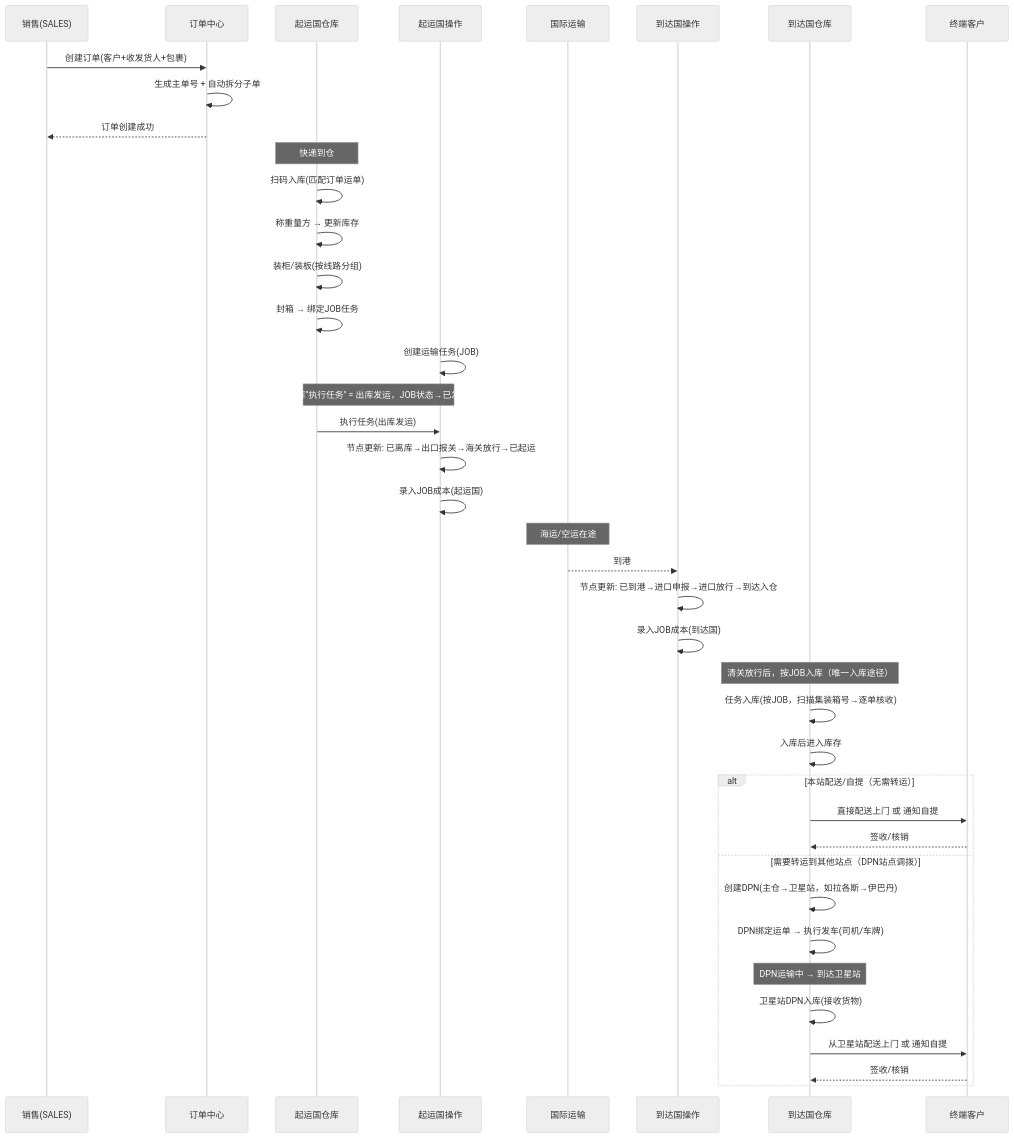
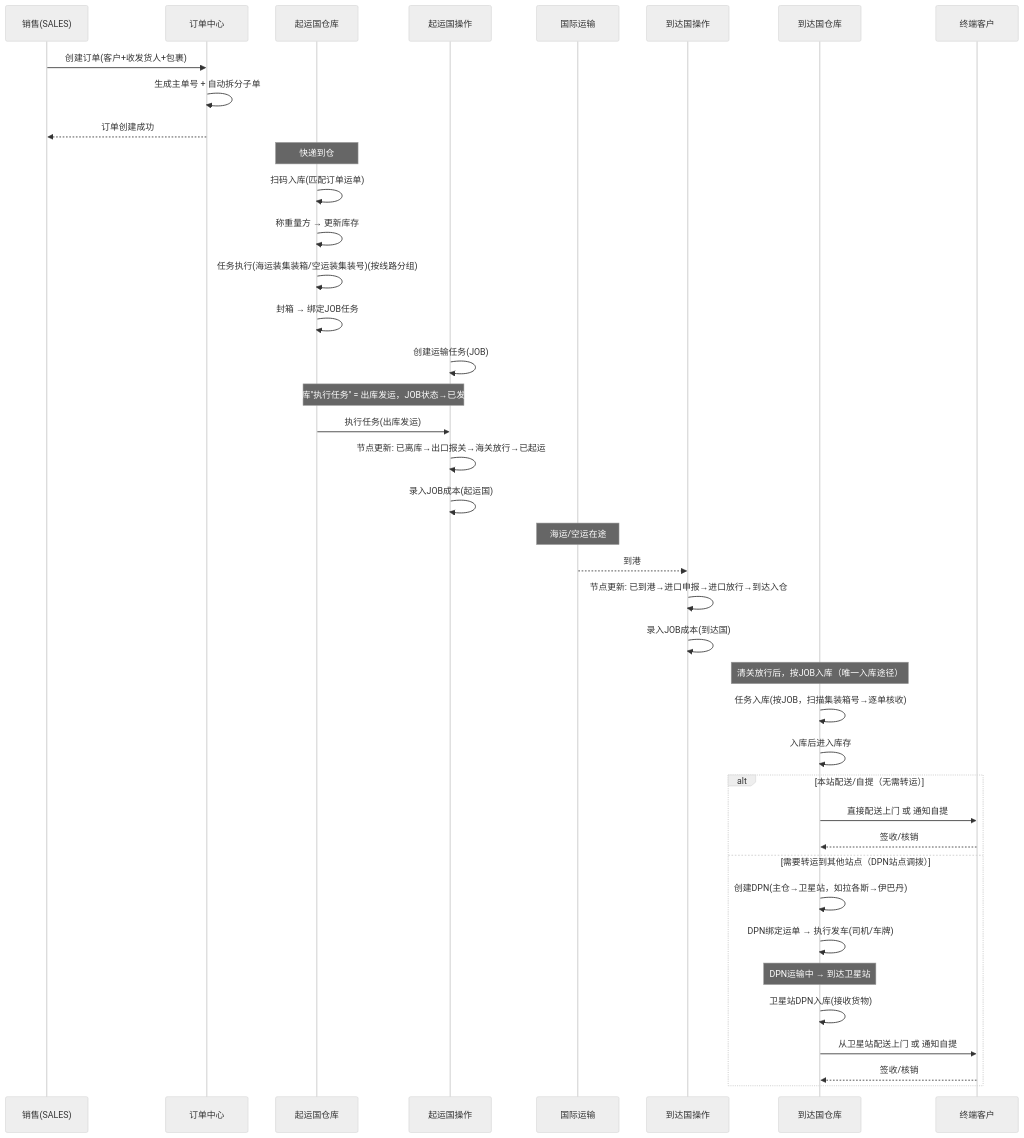
One commit to Yitiaoyu686/logistics-app changed the eighth of 27 diagrams in .kiro/specs/full-system-requirements/modules/00-系统总体需求规格说明书-20260408.md. Above: the diagram before and after it, drawn with Mermaid (neutral theme). The commit also changed other lines of this file and 3 other files, not shown here.

````diff
--- a/.kiro/specs/full-system-requirements/modules/00-系统总体需求规格说明书-20260408.md
+++ b/.kiro/specs/full-system-requirements/modules/00-系统总体需求规格说明书-20260408.md
@@ -416,50 +416,50 @@
 ```mermaid
 sequenceDiagram
     participant 销售 as 销售(SALES)
     participant OMS as 订单中心
     participant 起运仓 as 起运国仓库
     participant 起运操作 as 起运国操作
     participant 运输 as 国际运输
     participant 到达操作 as 到达国操作
     participant 到达仓 as 到达国仓库
     participant 客户 as 终端客户
 
     销售->>OMS: 创建订单(客户+收发货人+包裹)
     OMS->>OMS: 生成主单号 + 自动拆分子单
     OMS-->>销售: 订单创建成功
 
     Note over 起运仓: 快递到仓
     起运仓->>起运仓: 扫码入库(匹配订单运单)
     起运仓->>起运仓: 称重量方 → 更新库存
-    起运仓->>起运仓: 装柜/装板(按线路分组)
+    起运仓->>起运仓: 任务执行(海运装集装箱/空运装集装号)(按线路分组)
     起运仓->>起运仓: 封箱 → 绑定JOB任务
 
     起运操作->>起运操作: 创建运输任务(JOB)
     
     Note over 起运仓,起运操作: 仓库"执行任务" = 出库发运，JOB状态→已发运
     起运仓->>起运操作: 执行任务(出库发运)
     起运操作->>起运操作: 节点更新: 已离库→出口报关→海关放行→已起运
     起运操作->>起运操作: 录入JOB成本(起运国)
 
     Note over 运输: 海运/空运在途
     运输-->>到达操作: 到港
 
     到达操作->>到达操作: 节点更新: 已到港→进口申报→进口放行→到达入仓
     到达操作->>到达操作: 录入JOB成本(到达国)
 
     Note over 到达仓: 清关放行后，按JOB入库（唯一入库途径）
     到达仓->>到达仓: 任务入库(按JOB，扫描集装箱号→逐单核收)
     到达仓->>到达仓: 入库后进入库存
 
     alt 本站配送/自提（无需转运）
         到达仓->>客户: 直接配送上门 或 通知自提
         客户-->>到达仓: 签收/核销
     else 需要转运到其他站点（DPN站点调拨）
         到达仓->>到达仓: 创建DPN(主仓→卫星站，如拉各斯→伊巴丹)
         到达仓->>到达仓: DPN绑定运单 → 执行发车(司机/车牌)
         Note over 到达仓: DPN运输中 → 到达卫星站
         到达仓->>到达仓: 卫星站DPN入库(接收货物)
         到达仓->>客户: 从卫星站配送上门 或 通知自提
         客户-->>到达仓: 签收/核销
     end
 ```
````
